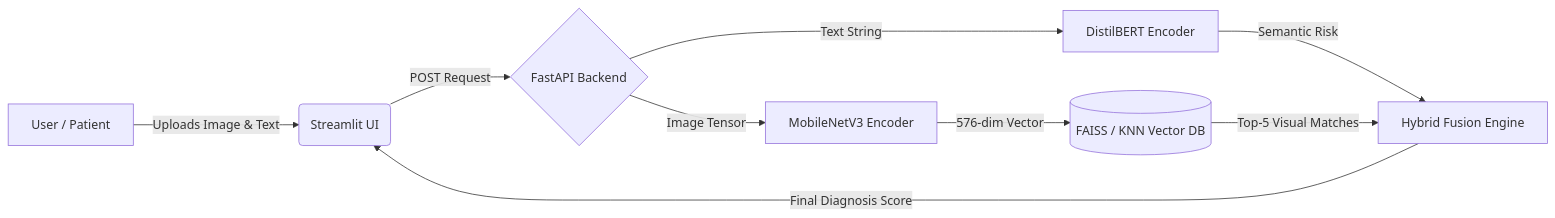
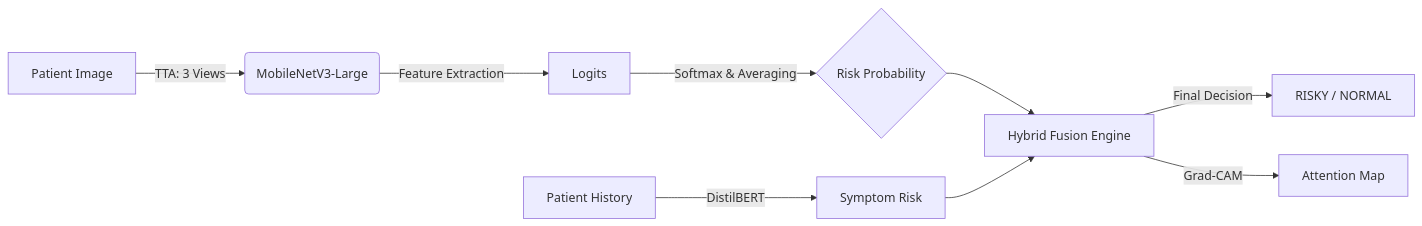
The diagram in README.md (fferhatakr/dermai-vision), drawn with Mermaid before and after one commit. The commit also changed other lines of this file and 13 other files, not shown here.

````diff
--- a/README.md
+++ b/README.md
@@ -29,11 +30,11 @@
 ```mermaid
 graph LR
-    A[User / Patient] -->|Uploads Image & Text| B(Streamlit UI)
-    B -->|POST Request| C{FastAPI Backend}
-    C -->|Image Tensor| D[MobileNetV3 Encoder]
-    C -->|Text String| E[DistilBERT Encoder]
-    D -->|576-dim Vector| F[(FAISS / KNN Vector DB)]
-    E -->|Semantic Risk| G[Hybrid Fusion Engine]
-    F -->|Top-5 Visual Matches| G
-    G -->|Final Diagnosis Score| B
+    A[Patient Image] -->|TTA: 3 Views| B(MobileNetV3-Large)
+    B -->|Feature Extraction| C[Logits]
+    C -->|Softmax & Averaging| D{Risk Probability}
+    E[Patient History] -->|DistilBERT| F[Symptom Risk]
+    D --> G[Hybrid Fusion Engine]
+    F --> G
+    G -->|Final Decision| H[RISKY / NORMAL]
+    G -->|Grad-CAM| I[Attention Map]
 ```
````
